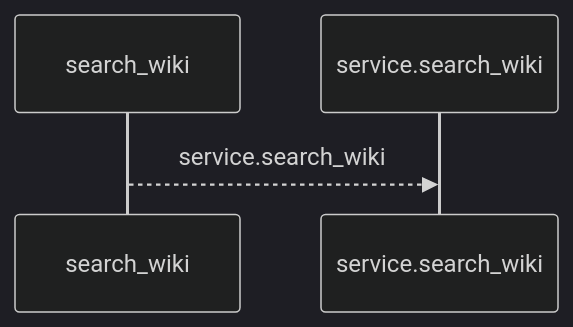
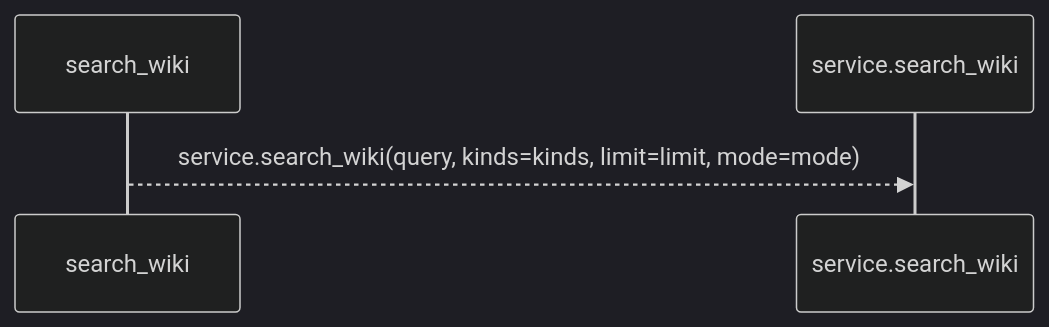
The first of 2 diagrams in docs/llm_wiki/flows/mcp-search_wiki.md (Denissvgn/python-wiki-llm), drawn with Mermaid (dark theme) before and after one commit. The commit also changed other lines of this file and 1410 other files, not shown here.

````diff
--- a/docs/llm_wiki/flows/mcp-search_wiki.md
+++ b/docs/llm_wiki/flows/mcp-search_wiki.md
@@ -10,6 +12,6 @@
 ```mermaid
 sequenceDiagram
     participant p0 as search_wiki
     participant p1 as service.search_wiki
-    p0-->>p1: service.search_wiki
+    p0-->>p1: service.search_wiki(query, kinds=kinds, limit=limit, mode=mode)
 ```
````
